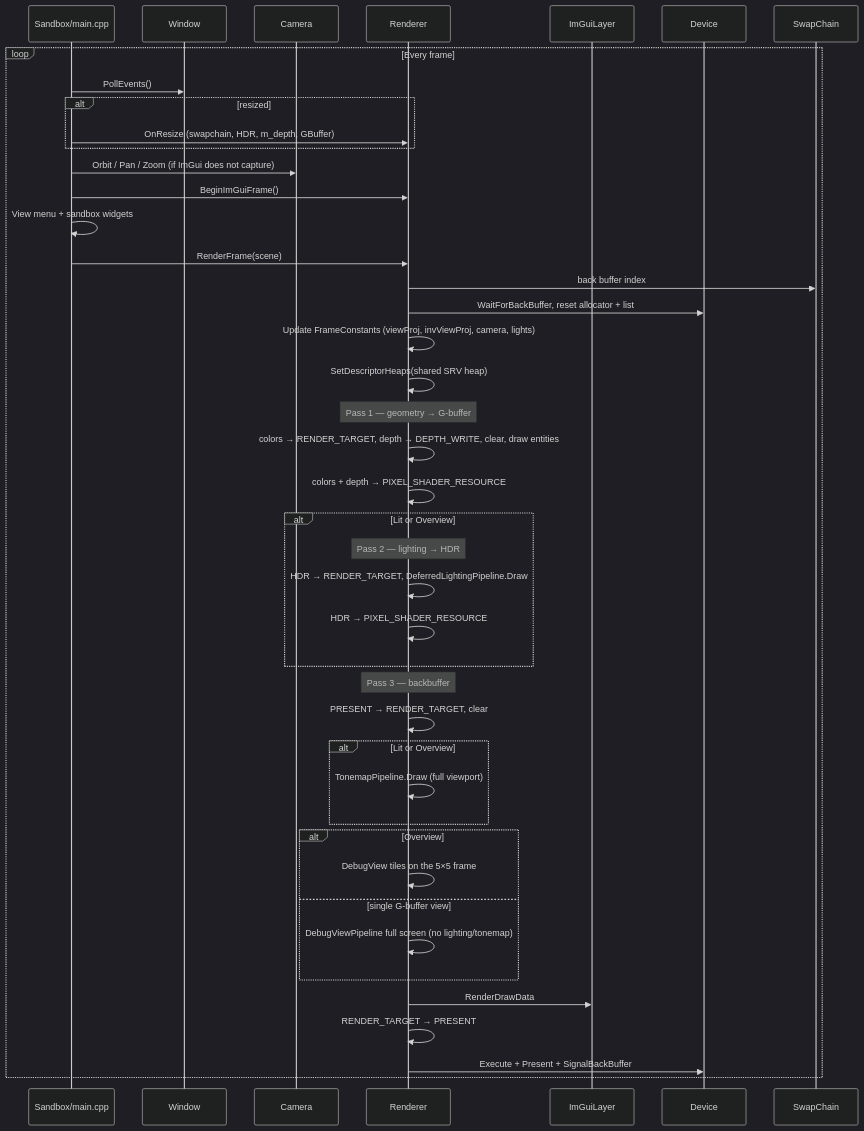
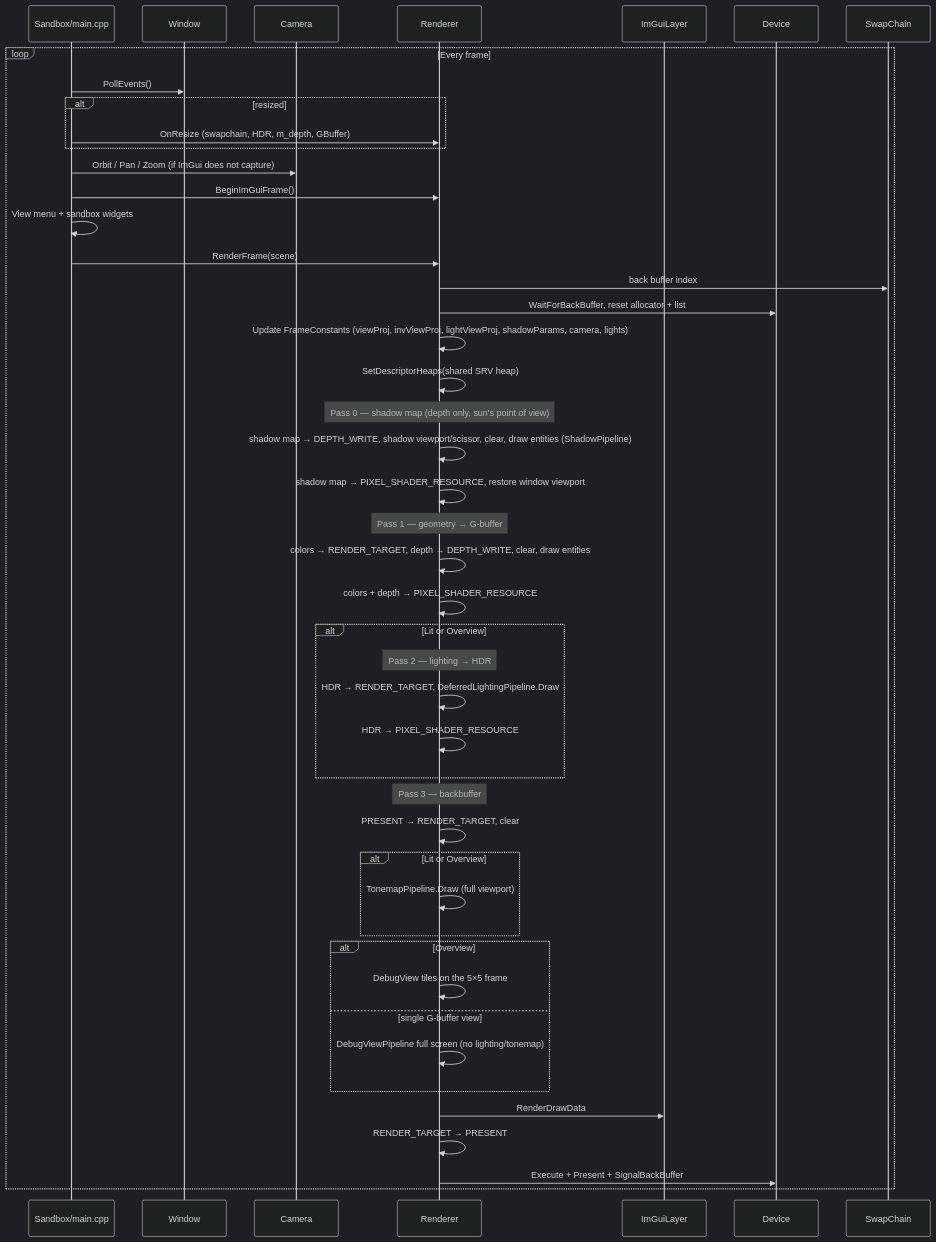
The second of 6 diagrams in docs/ARCHITECTURE.md (RomanovV/SummerEngine), drawn with Mermaid (dark theme) before and after one commit. The commit also changed other lines of this file and 21 other files, not shown here.

````diff
--- a/docs/ARCHITECTURE.md
+++ b/docs/ARCHITECTURE.md
@@ -168,50 +176,54 @@
 ```mermaid
 sequenceDiagram
     participant Main as Sandbox/main.cpp
     participant Win as Window
     participant Cam as Camera
     participant Rnd as Renderer
     participant UI as ImGuiLayer
     participant Dev as Device
     participant SC as SwapChain
 
     loop Every frame
         Main->>Win: PollEvents()
         alt resized
             Main->>Rnd: OnResize (swapchain, HDR, m_depth, GBuffer)
         end
         Main->>Cam: Orbit / Pan / Zoom (if ImGui does not capture)
         Main->>Rnd: BeginImGuiFrame()
         Main->>Main: View menu + sandbox widgets
         Main->>Rnd: RenderFrame(scene)
 
         Rnd->>SC: back buffer index
         Rnd->>Dev: WaitForBackBuffer, reset allocator + list
-        Rnd->>Rnd: Update FrameConstants (viewProj, invViewProj, camera, lights)
+        Rnd->>Rnd: Update FrameConstants (viewProj, invViewProj, lightViewProj, shadowParams, camera, lights)
         Rnd->>Rnd: SetDescriptorHeaps(shared SRV heap)
+
+        Note over Rnd: Pass 0 — shadow map (depth only, sun's point of view)
+        Rnd->>Rnd: shadow map → DEPTH_WRITE, shadow viewport/scissor, clear, draw entities (ShadowPipeline)
+        Rnd->>Rnd: shadow map → PIXEL_SHADER_RESOURCE, restore window viewport
 
         Note over Rnd: Pass 1 — geometry → G-buffer
         Rnd->>Rnd: colors → RENDER_TARGET, depth → DEPTH_WRITE, clear, draw entities
         Rnd->>Rnd: colors + depth → PIXEL_SHADER_RESOURCE
 
         alt Lit or Overview
             Note over Rnd: Pass 2 — lighting → HDR
             Rnd->>Rnd: HDR → RENDER_TARGET, DeferredLightingPipeline.Draw
             Rnd->>Rnd: HDR → PIXEL_SHADER_RESOURCE
         end
 
         Note over Rnd: Pass 3 — backbuffer
         Rnd->>Rnd: PRESENT → RENDER_TARGET, clear
         alt Lit or Overview
             Rnd->>Rnd: TonemapPipeline.Draw (full viewport)
         end
         alt Overview
             Rnd->>Rnd: DebugView tiles on the 5×5 frame
         else single G-buffer view
             Rnd->>Rnd: DebugViewPipeline full screen (no lighting/tonemap)
         end
         Rnd->>UI: RenderDrawData
         Rnd->>Rnd: RENDER_TARGET → PRESENT
         Rnd->>Dev: Execute + Present + SignalBackBuffer
     end
 ```
````
